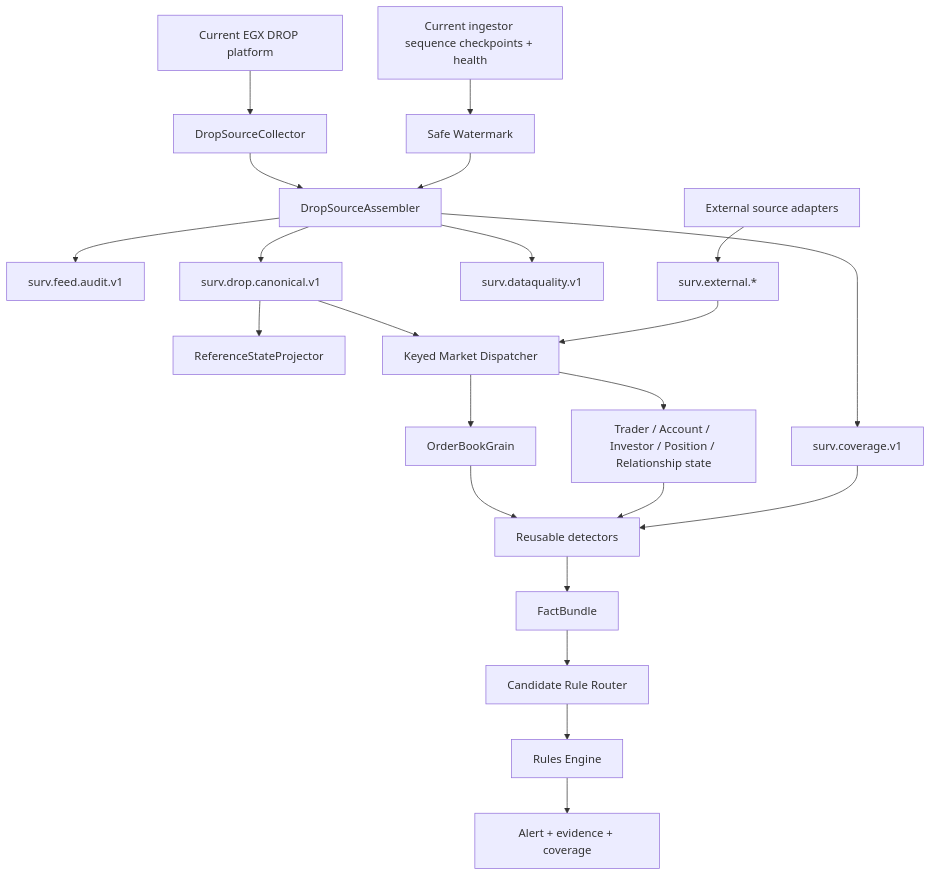
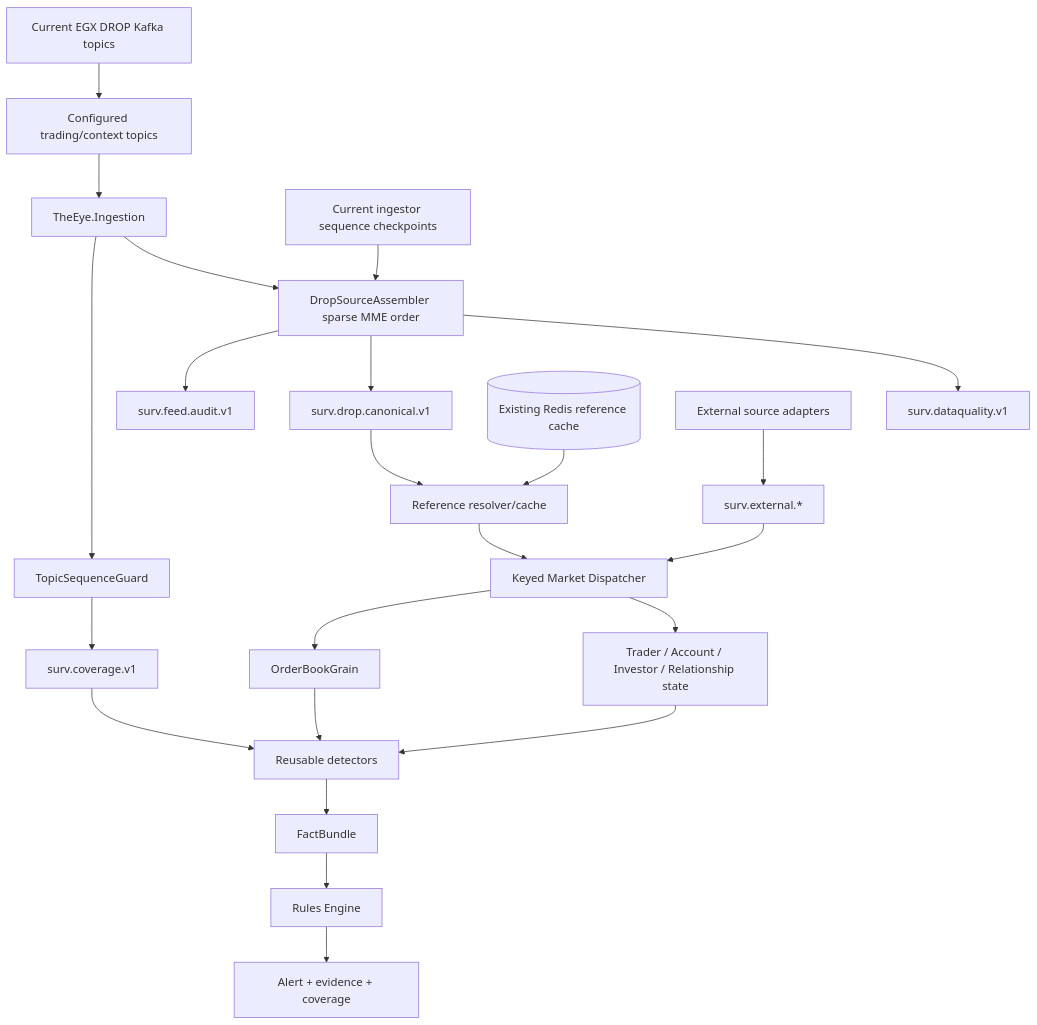
The diagram in Market-Surveillance-Full-Plan-Doc-Refrence/Architecture/Implementation-Start/00 - Implementation Start Home.md (adnanelhabashy/surveillance-knowledge-base), drawn with Mermaid before and after one commit. The commit also changed other lines of this file, not shown here.

Commit message:
Make trading-only ingestion the active implementation baseline

````diff
--- a/Market-Surveillance-Full-Plan-Doc-Refrence/Architecture/Implementation-Start/00 - Implementation Start Home.md
+++ b/Market-Surveillance-Full-Plan-Doc-Refrence/Architecture/Implementation-Start/00 - Implementation Start Home.md
@@ -17,30 +17,33 @@
 ```mermaid
 flowchart TB
-    DROP[Current EGX DROP platform] --> COL[DropSourceCollector]
-    REDIS[Current ingestor sequence checkpoints + health] --> WM[Safe Watermark]
-    COL --> ASM[DropSourceAssembler]
-    WM --> ASM
+    DROP[Current EGX DROP Kafka topics] --> SEL[Configured trading/context topics]
+    SEL --> ING[TheEye.Ingestion]
+
+    ING --> TSG[TopicSequenceGuard]
+    TSG --> COVER[surv.coverage.v1]
+
+    ING --> ASM[DropSourceAssembler sparse MME order]
+    REDISWM[Current ingestor sequence checkpoints] --> ASM
 
     ASM --> AUDIT[surv.feed.audit.v1]
     ASM --> CANON[surv.drop.canonical.v1]
-    ASM --> COVER[surv.coverage.v1]
     ASM --> DQ[surv.dataquality.v1]
 
-    CANON --> REF[ReferenceStateProjector]
-    CANON --> DISP[Keyed Market Dispatcher]
+    REFREDIS[(Existing Redis reference cache)] --> RESOLVE[Reference resolver/cache]
+    CANON --> RESOLVE
+    RESOLVE --> DISP[Keyed Market Dispatcher]
 
     EXT[External source adapters] --> EXTEVENTS[surv.external.*]
     EXTEVENTS --> DISP
 
     DISP --> BOOK[OrderBookGrain]
-    DISP --> SUBJECT[Trader / Account / Investor / Position / Relationship state]
+    DISP --> SUBJECT[Trader / Account / Investor / Relationship state]
 
     BOOK --> DET[Reusable detectors]
     SUBJECT --> DET
     COVER --> DET
 
     DET --> FACTS[FactBundle]
-    FACTS --> ROUTER[Candidate Rule Router]
-    ROUTER --> RULES[Rules Engine]
+    FACTS --> RULES[Rules Engine]
     RULES --> ALERT[Alert + evidence + coverage]
 ```
````
